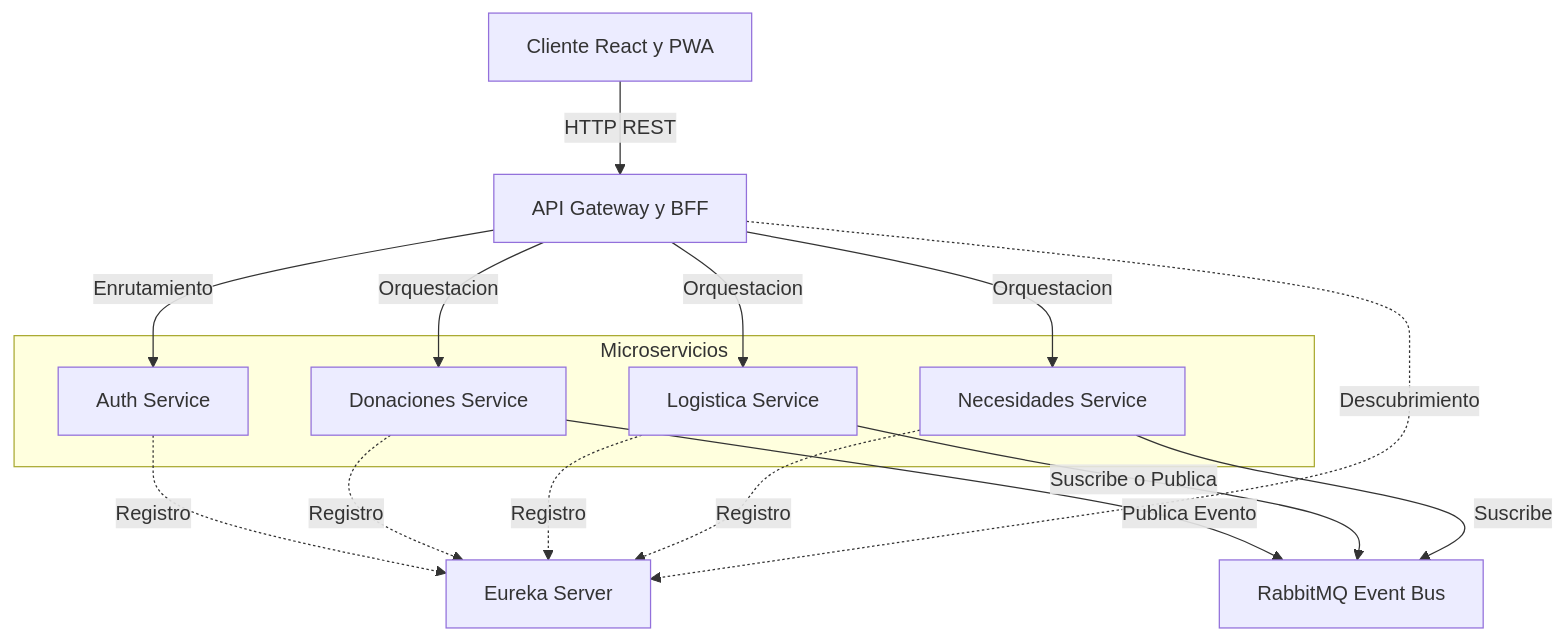
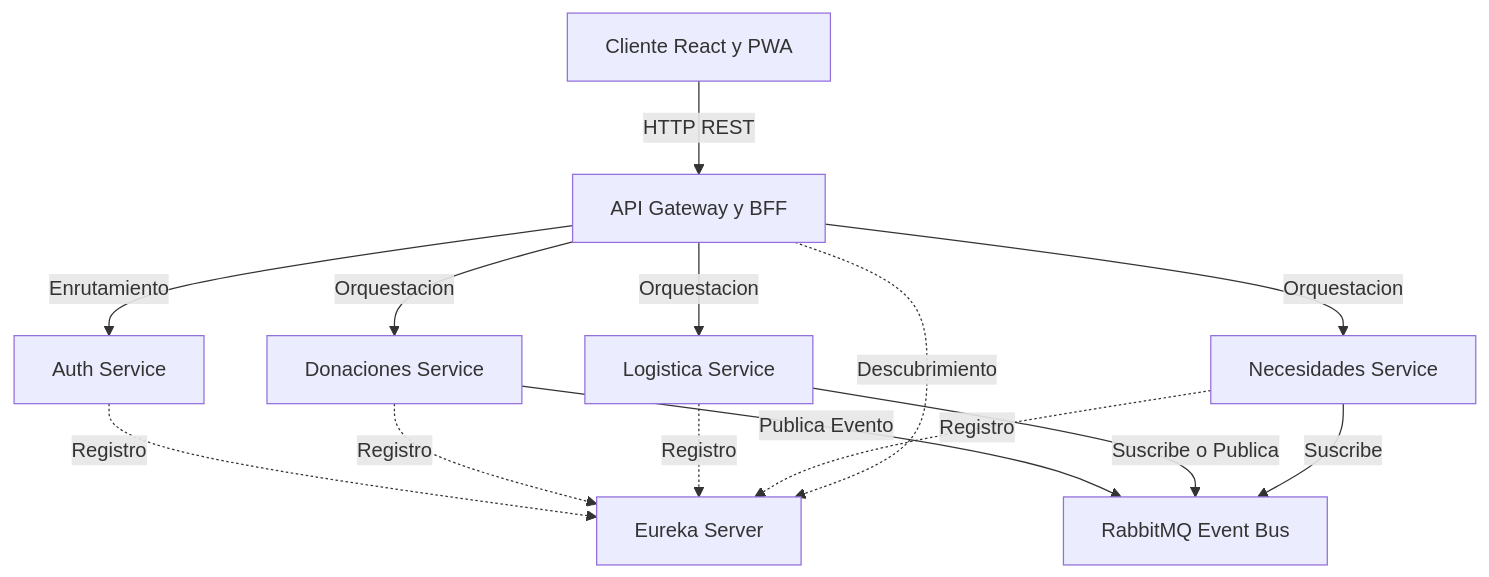
One commit to BrayanGLeo/Donaton-FullStack3 changed the diagram in README.md. Above: the diagram before and after it, drawn with Mermaid. The commit also changed other lines of this file, not shown here.

````diff
--- a/README.md
+++ b/README.md
@@ -30,30 +30,27 @@
 ```mermaid
-graph TD
-    Client["Cliente React y PWA"]
-    API_GW["API Gateway y BFF"]
-    Eureka["Eureka Server"]
-    RabbitMQ["RabbitMQ Event Bus"]
-
-    subgraph Microservicios
-        Auth["Auth Service"]
-        Donaciones["Donaciones Service"]
-        Logistica["Logistica Service"]
-        Necesidades["Necesidades Service"]
-    end
+flowchart TD
+    Client[Cliente React y PWA]
+    API_GW[API Gateway y BFF]
+    Eureka[Eureka Server]
+    RabbitMQ[RabbitMQ Event Bus]
+    Auth[Auth Service]
+    Donaciones[Donaciones Service]
+    Logistica[Logistica Service]
+    Necesidades[Necesidades Service]
 
     Client -->|HTTP REST| API_GW
     API_GW -->|Enrutamiento| Auth
     API_GW -->|Orquestacion| Donaciones
     API_GW -->|Orquestacion| Logistica
     API_GW -->|Orquestacion| Necesidades
     
     Auth -.->|Registro| Eureka
     Donaciones -.->|Registro| Eureka
     Logistica -.->|Registro| Eureka
     Necesidades -.->|Registro| Eureka
     API_GW -.->|Descubrimiento| Eureka
 
     Donaciones -->|Publica Evento| RabbitMQ
     Logistica -->|Suscribe o Publica| RabbitMQ
     Necesidades -->|Suscribe| RabbitMQ
 ```
````
